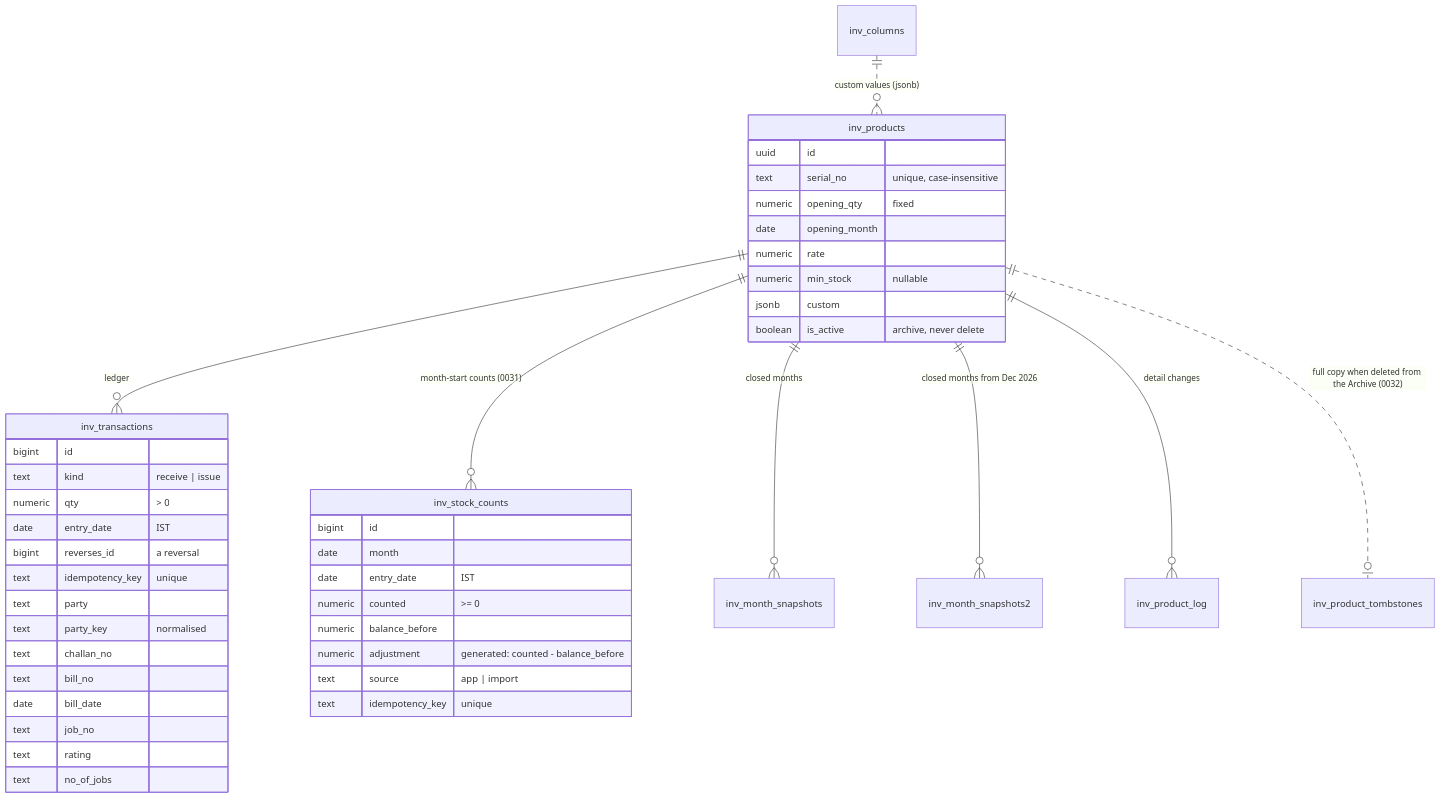
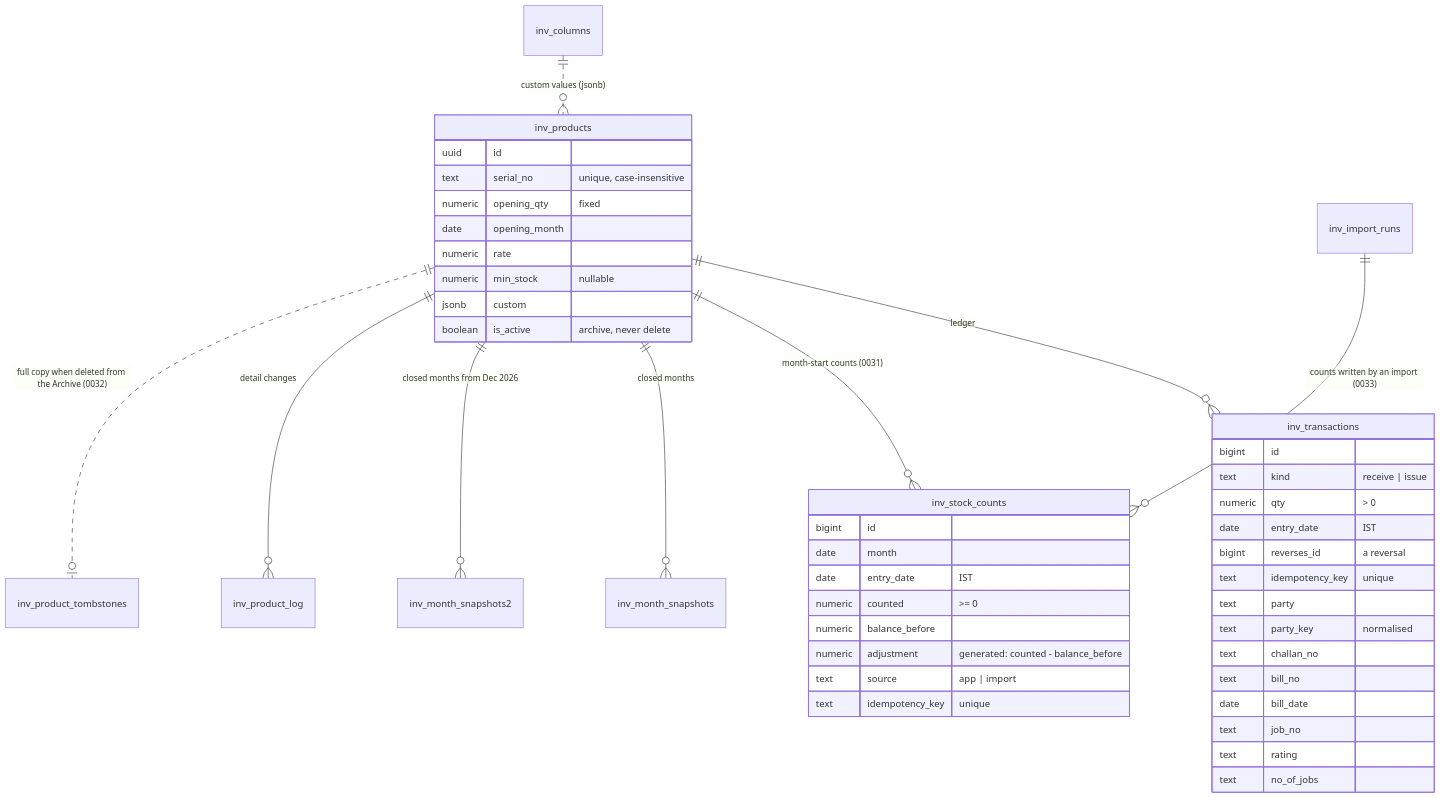
Before and after one commit to Himkush1414/Super-Management-System: the seventh of 7 diagrams in docs/inventory/README.md, drawn with Mermaid. The commit also changed other lines of this file and 5 other files, not shown here.

Commit message:
docs(inventory): Import from document: formats, privacy, matching, limits, flow; user and plain-words guides

````diff
--- a/docs/inventory/README.md
+++ b/docs/inventory/README.md
@@ -280,46 +327,47 @@
 ```mermaid
 erDiagram
   inv_products ||--o{ inv_transactions : "ledger"
   inv_products ||--o{ inv_stock_counts : "month-start counts (0031)"
   inv_products ||--o{ inv_month_snapshots : "closed months"
   inv_products ||--o{ inv_month_snapshots2 : "closed months from Dec 2026"
   inv_products ||--o{ inv_product_log : "detail changes"
   inv_products ||..o| inv_product_tombstones : "full copy when deleted from the Archive (0032)"
+  inv_import_runs ||--o{ inv_stock_counts : "counts written by an import (0033)"
   inv_columns ||..o{ inv_products : "custom values (jsonb)"
   inv_products {
     uuid id
     text serial_no "unique, case-insensitive"
     numeric opening_qty "fixed"
     date opening_month
     numeric rate
     numeric min_stock "nullable"
     jsonb custom
     boolean is_active "archive, never delete"
   }
   inv_transactions {
     bigint id
     text kind "receive | issue"
     numeric qty "> 0"
     date entry_date "IST"
     bigint reverses_id "a reversal"
     text idempotency_key "unique"
     text party
     text party_key "normalised"
     text challan_no
     text bill_no
     date bill_date
     text job_no
     text rating
     text no_of_jobs
   }
   inv_stock_counts {
     bigint id
     date month
     date entry_date "IST"
     numeric counted ">= 0"
     numeric balance_before
     numeric adjustment "generated: counted - balance_before"
     text source "app | import"
     text idempotency_key "unique"
   }
 ```
````
